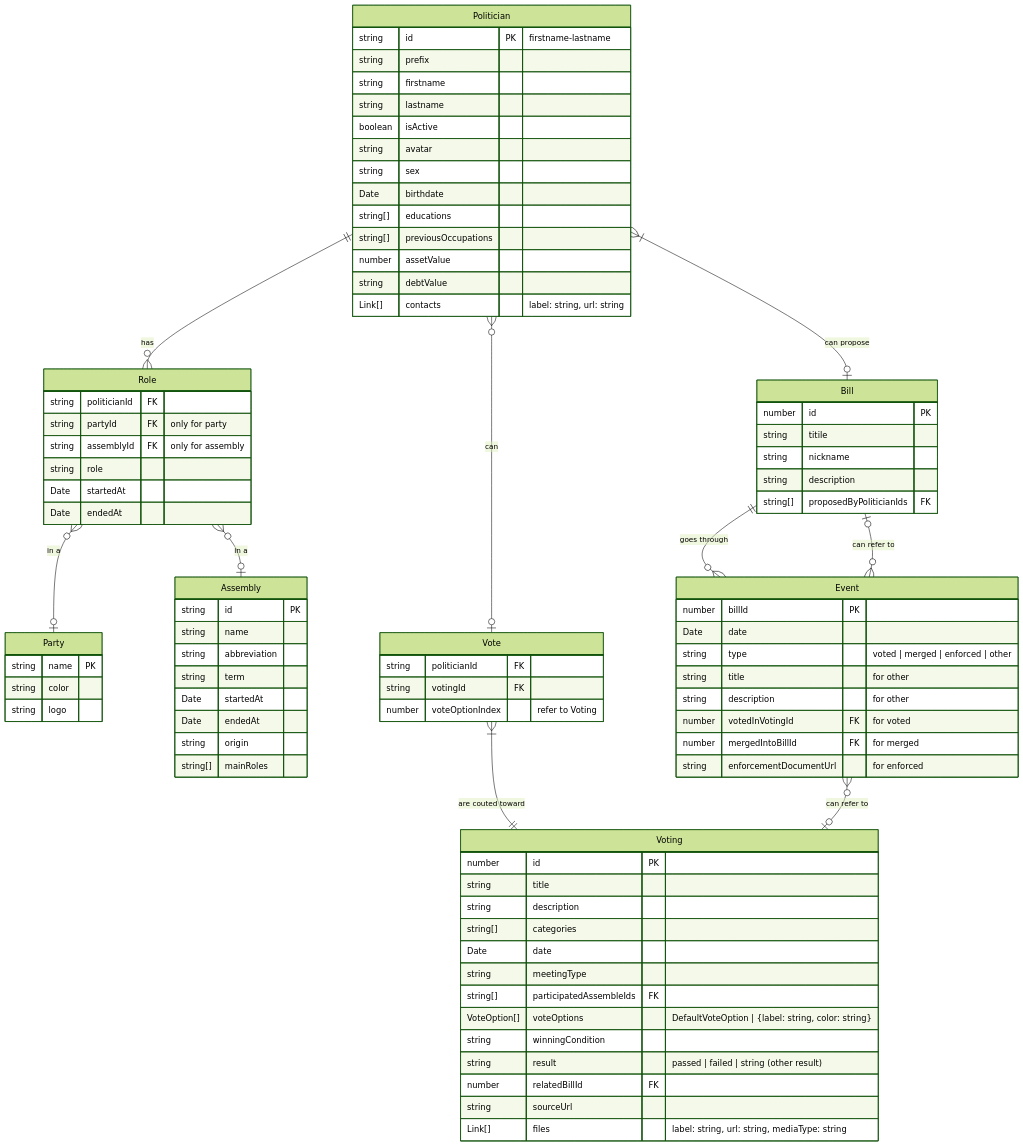
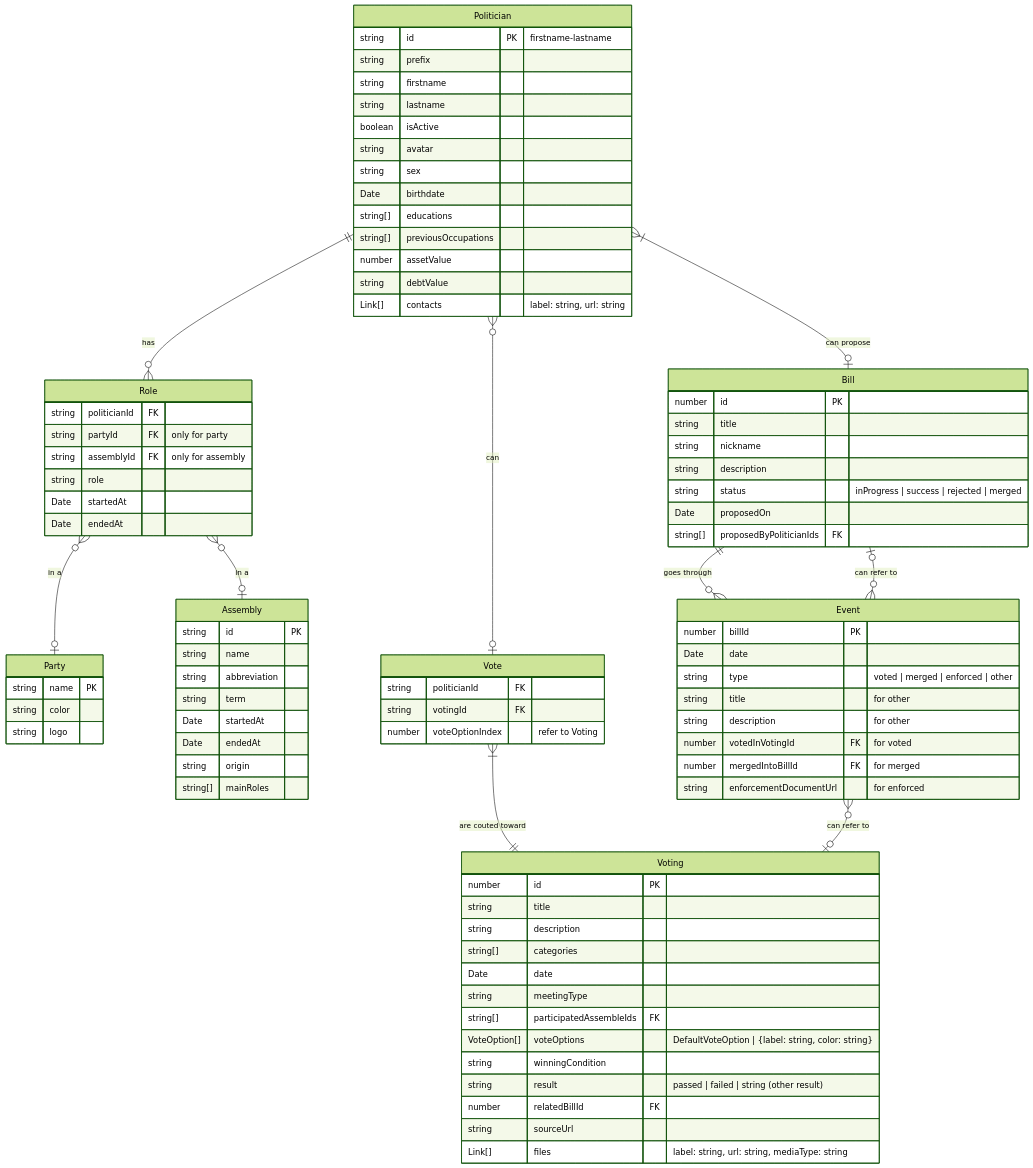
One commit to wevisdemo/parliament-watch changed the diagram in src/models/README.md. Above: the diagram before and after it, drawn with Mermaid (forest theme). The commit also changed 3 other files, not shown here.

```diff
--- a/src/models/README.md
+++ b/src/models/README.md
@@ -56,9 +56,11 @@
 
   Bill {
     number id PK
-    string titile
+    string title
     string nickname
     string description
+    string status "inProgress | success | rejected | merged"
+    Date proposedOn
     string[] proposedByPoliticianIds FK
   }
 
```
